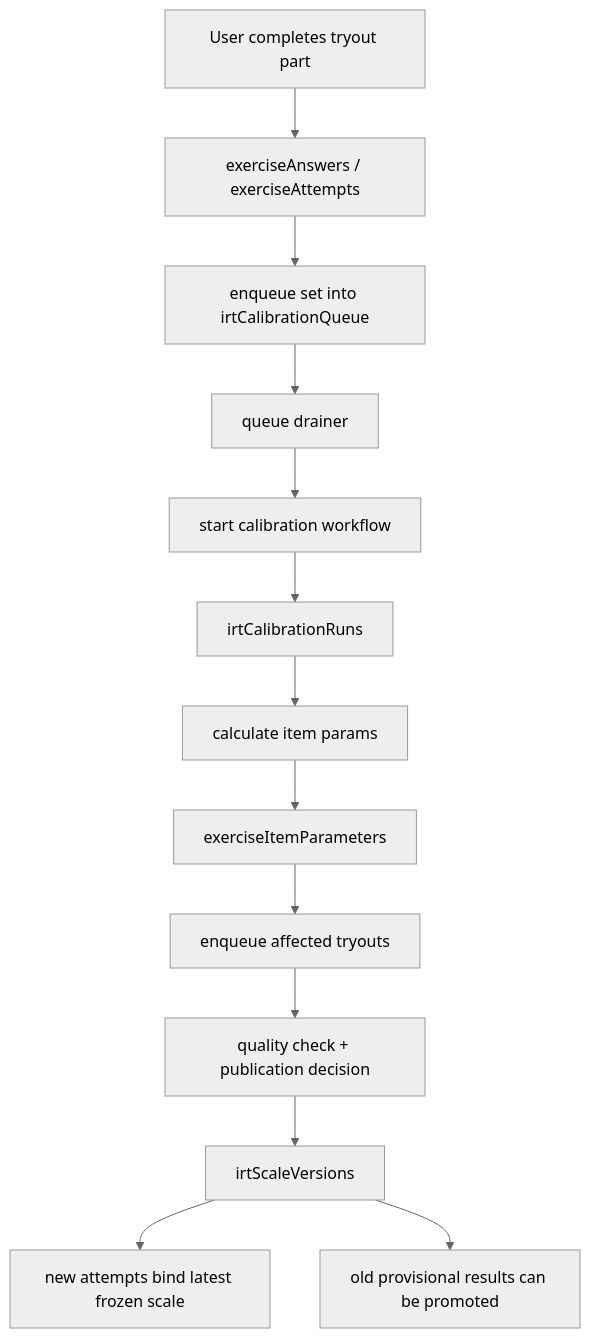
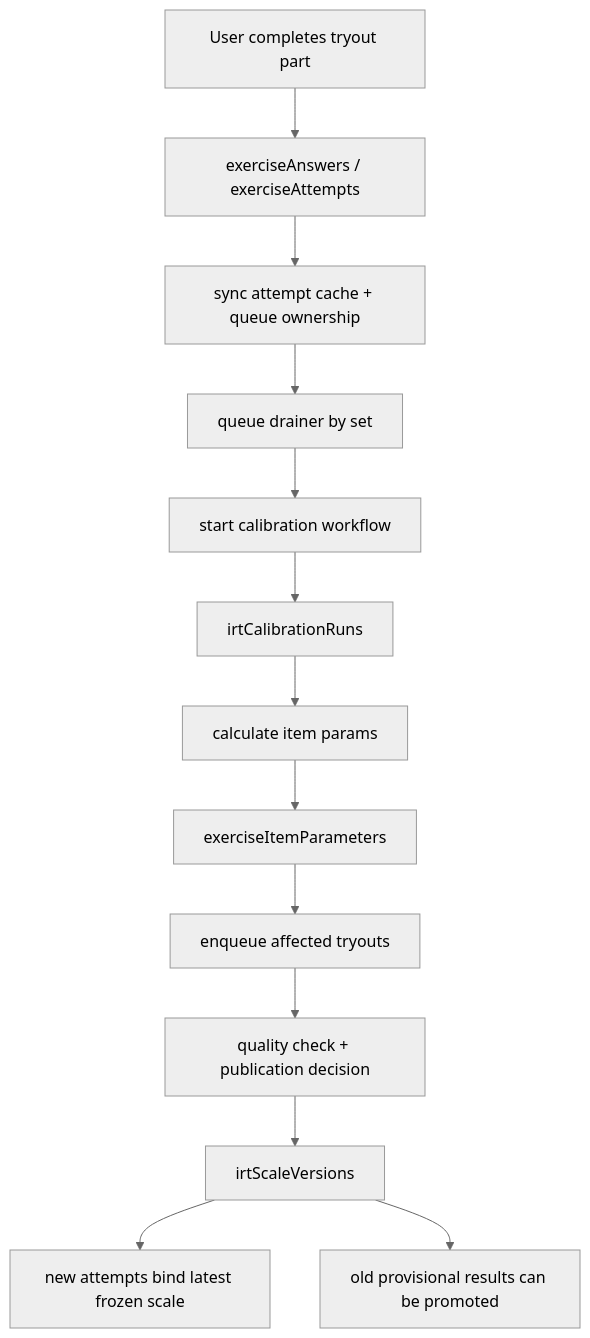
One commit to nakafaai/nakafa.com changed the diagram in packages/backend/convex/irt/docs/ARCHITECTURE.id.md. Above: the diagram before and after it, drawn with Mermaid (neutral theme). The commit also changed other lines of this file and 255 other files, not shown here.

````diff
--- a/packages/backend/convex/irt/docs/ARCHITECTURE.id.md
+++ b/packages/backend/convex/irt/docs/ARCHITECTURE.id.md
@@ -139,15 +142,15 @@
 ```mermaid
 flowchart TD
     A[User completes tryout part] --> B[exerciseAnswers / exerciseAttempts]
-    B --> C[enqueue set into irtCalibrationQueue]
-    C --> D[queue drainer]
+    B --> C[sync attempt cache + queue ownership]
+    C --> D[queue drainer by set]
     D --> E[start calibration workflow]
     E --> F[irtCalibrationRuns]
     F --> G[calculate item params]
     G --> H[exerciseItemParameters]
     H --> I[enqueue affected tryouts]
     I --> J[quality check + publication decision]
     J --> K[irtScaleVersions]
     K --> L[new attempts bind latest frozen scale]
     K --> M[old provisional results can be promoted]
 ```
````
